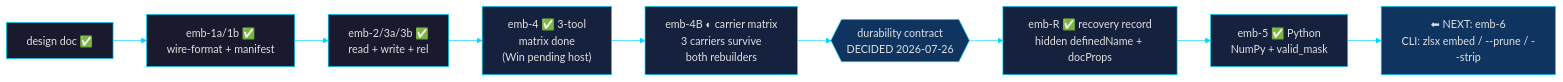
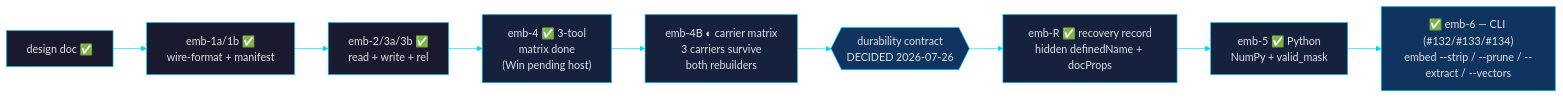
One commit to laurentfabre/zlsx changed the diagram in goal.md. Above: the diagram before and after it, drawn with Mermaid. The commit also changed other lines of this file and 5 other files, not shown here.

````diff
--- a/goal.md
+++ b/goal.md
@@ -28,18 +30,18 @@
 ```mermaid
 %%{init: {'theme': 'base', 'themeVariables': {'primaryColor': '#1a1a2e', 'primaryTextColor': '#e0e0e0', 'primaryBorderColor': '#00d4ff', 'lineColor': '#00d4ff', 'secondaryColor': '#16213e', 'tertiaryColor': '#0f3460', 'fontFamily': 'monospace'}}}%%
 graph LR
     D["design doc ✅"] --> E1["emb-1a/1b ✅<br/>wire-format + manifest"]
     E1 --> E2["emb-2/3a/3b ✅<br/>read + write + rel"]
     E2 --> E4["emb-4 ✅ 3-tool<br/>matrix done<br/>(Win pending host)"]
     E4 --> E4B["emb-4B ◐ carrier matrix<br/>3 carriers survive<br/>both rebuilders"]
     E4B --> DEC{{"durability contract<br/>DECIDED 2026-07-26"}}
     DEC --> ER["emb-R ✅ recovery record<br/>hidden definedName + docProps"]
     ER --> E5["emb-5 ✅ Python<br/>NumPy + valid_mask"]
-    E5 --> E6["⬅ NEXT: emb-6<br/>CLI: zlsx embed / --prune / --strip"]
+    E5 --> E6["✅ emb-6 — CLI (#132/#133/#134)<br/>embed --strip / --prune / --extract / --vectors"]
     style E4 fill:#16213e
     style E4B fill:#16213e
     style DEC fill:#0f3460
     style ER fill:#16213e
     style E5 fill:#16213e
     style E6 fill:#0f3460
 ```
````
